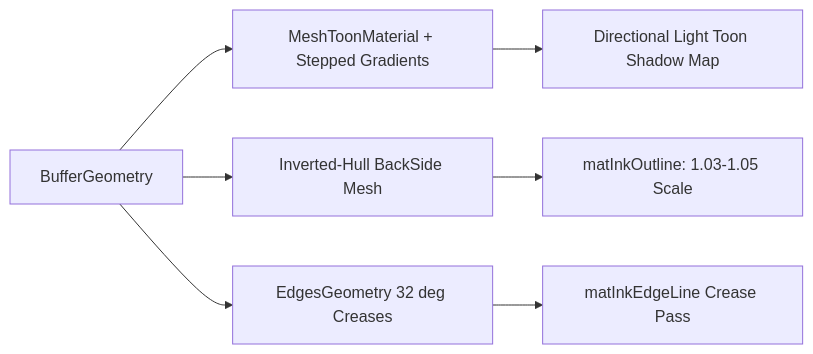
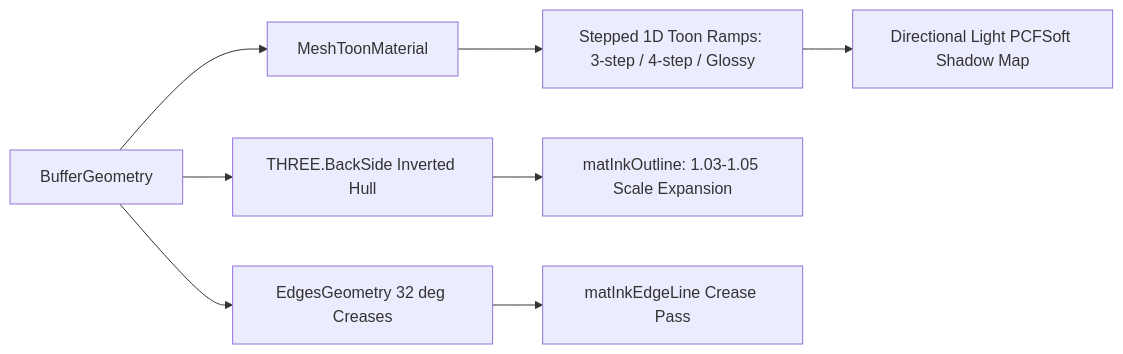
Before and after one commit to jacksonhardaker/rescue-bots-game: the third of 3 diagrams in docs/game-architecture.md, drawn with Mermaid. The commit also changed other lines of this file, not shown here.

Commit message:
Update game architecture document to reflect modular TypeScript codebase, dinobots, megabot modes, water restrictions, and dynamic weather hazards

````diff
--- a/docs/game-architecture.md
+++ b/docs/game-architecture.md
@@ -145,9 +198,10 @@
 ```mermaid
 flowchart LR
-    Geom[BufferGeometry] --> Mat[MeshToonMaterial + Stepped Gradients]
-    Mat --> Shadow[Directional Light Toon Shadow Map]
-    Geom --> Hull[Inverted-Hull BackSide Mesh]
-    Hull --> Ink[matInkOutline: 1.03-1.05 Scale]
-    Geom --> Edges[EdgesGeometry 32 deg Creases]
-    Edges --> InkLines[matInkEdgeLine Crease Pass]
+    Mesh[BufferGeometry] --> Mat[MeshToonMaterial]
+    Mat --> Gradients[Stepped 1D Toon Ramps: 3-step / 4-step / Glossy]
+    Gradients --> Shadows[Directional Light PCFSoft Shadow Map]
+    Mesh --> InvertedHull[THREE.BackSide Inverted Hull]
+    InvertedHull --> InkOutline[matInkOutline: 1.03-1.05 Scale Expansion]
+    Mesh --> CreaseEdges[EdgesGeometry 32 deg Creases]
+    CreaseEdges --> InkLines[matInkEdgeLine Crease Pass]
 ```
````
